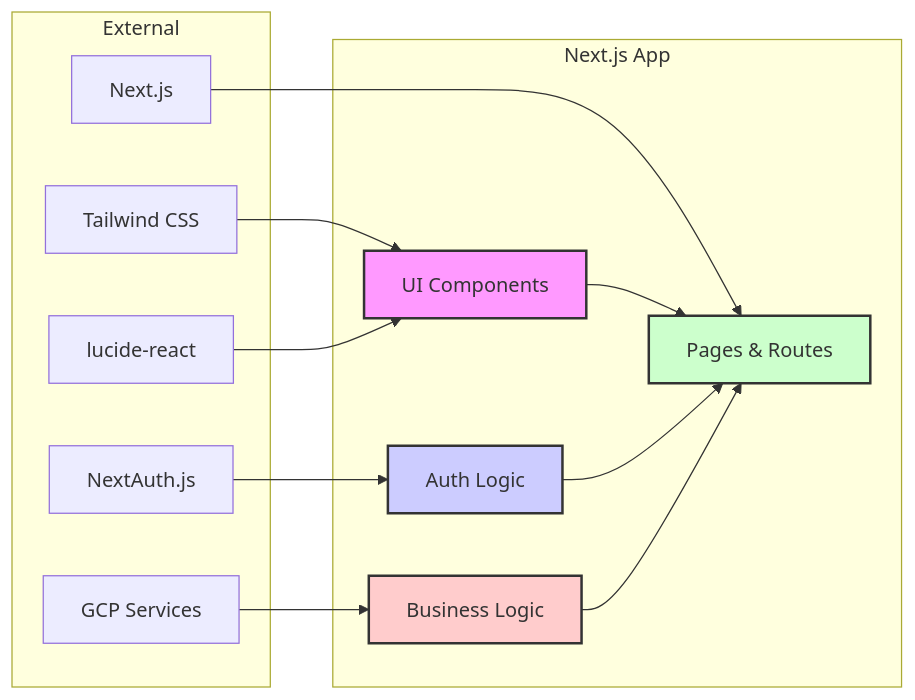
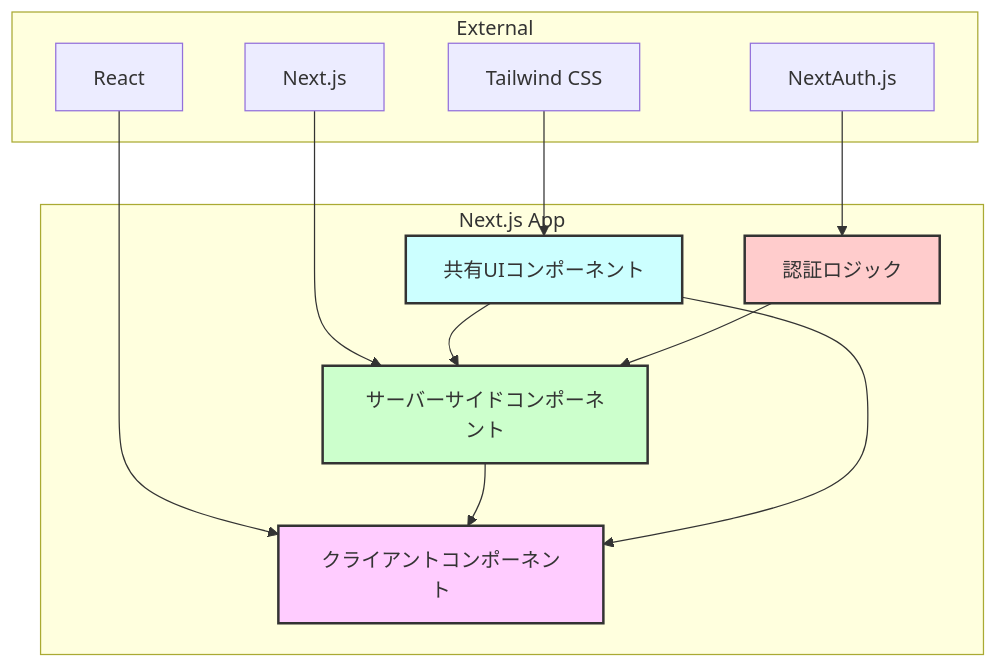
Before and after one commit to nothink-jp/suzumina.click: the diagram in docs/ARCHITECTURE_DESIGN.md, drawn with Mermaid. The commit also changed other lines of this file and 1 other file, not shown here.

````diff
--- a/docs/ARCHITECTURE_DESIGN.md
+++ b/docs/ARCHITECTURE_DESIGN.md
@@ -57,34 +87,33 @@
 ```mermaid
-graph LR
-    subgraph Next.js App
-        UI[UI Components]
-        Pages[Pages & Routes]
-        Auth[Auth Logic]
-        Business[Business Logic]
+graph TB
+    subgraph "Next.js App"
+        ServerComps[サーバーサイドコンポーネント]
+        ClientComps[クライアントコンポーネント]
+        SharedUI[共有UIコンポーネント]
+        Auth[認証ロジック]
     end
 
-    subgraph External
+    subgraph "External"
         Next[Next.js]
+        React[React]
         TailwindCSS[Tailwind CSS]
         NextAuth[NextAuth.js]
-        GCP[GCP Services]
-        Icons[lucide-react]
     end
 
     %% Dependencies
-    Next --> Pages
-    TailwindCSS --> UI
+    Next --> ServerComps
+    React --> ClientComps
+    TailwindCSS --> SharedUI
     NextAuth --> Auth
-    GCP --> Business
-    Icons --> UI
 
     %% Internal Structure
-    UI --> Pages
-    Auth --> Pages
-    Business --> Pages
+    ServerComps --> ClientComps
+    SharedUI --> ServerComps
+    SharedUI --> ClientComps
+    Auth --> ServerComps
 
-    style UI fill:#f9f,stroke:#333,stroke-width:2px
-    style Pages fill:#cfc,stroke:#333,stroke-width:2px
-    style Auth fill:#ccf,stroke:#333,stroke-width:2px
-    style Business fill:#fcc,stroke:#333,stroke-width:2px
+    style ServerComps fill:#cfc,stroke:#333,stroke-width:2px
+    style ClientComps fill:#fcf,stroke:#333,stroke-width:2px
+    style SharedUI fill:#cff,stroke:#333,stroke-width:2px
+    style Auth fill:#fcc,stroke:#333,stroke-width:2px
 ```
````
